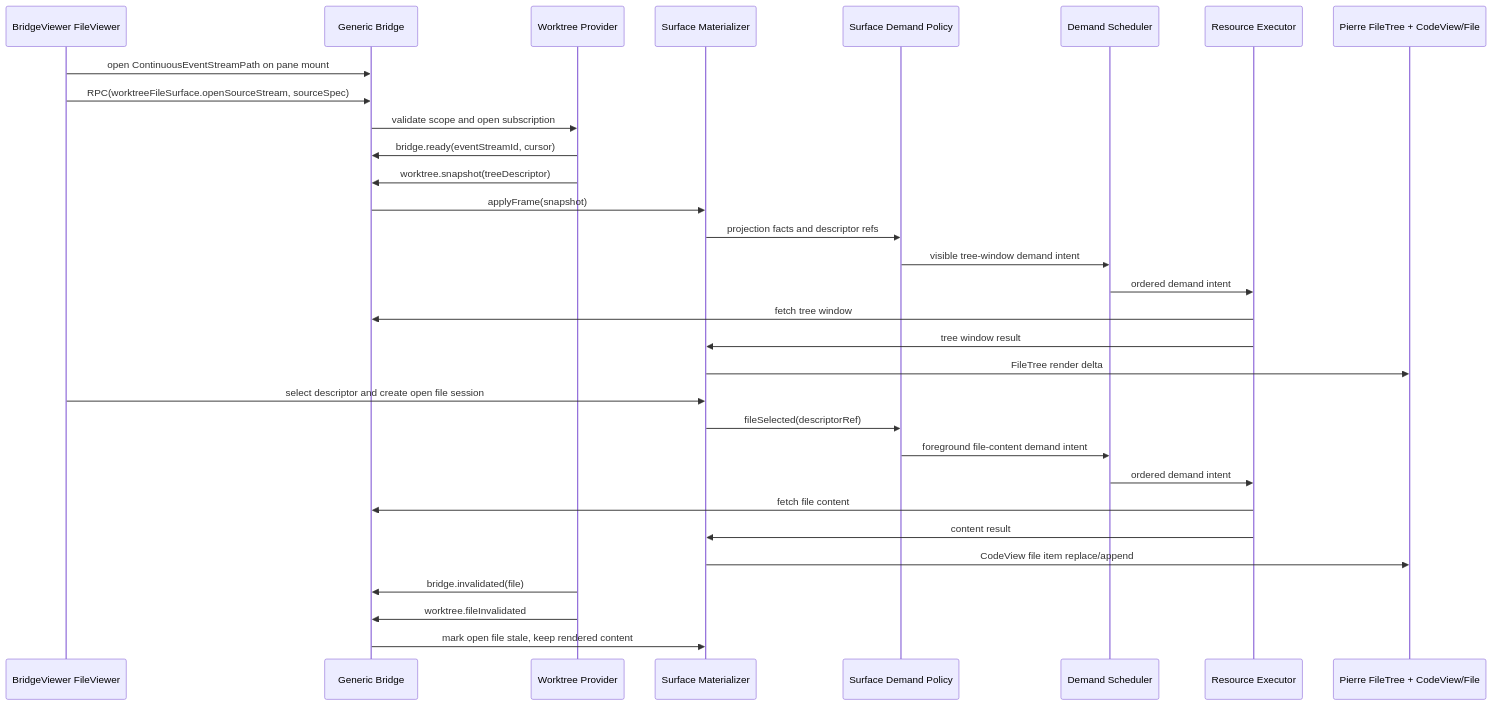
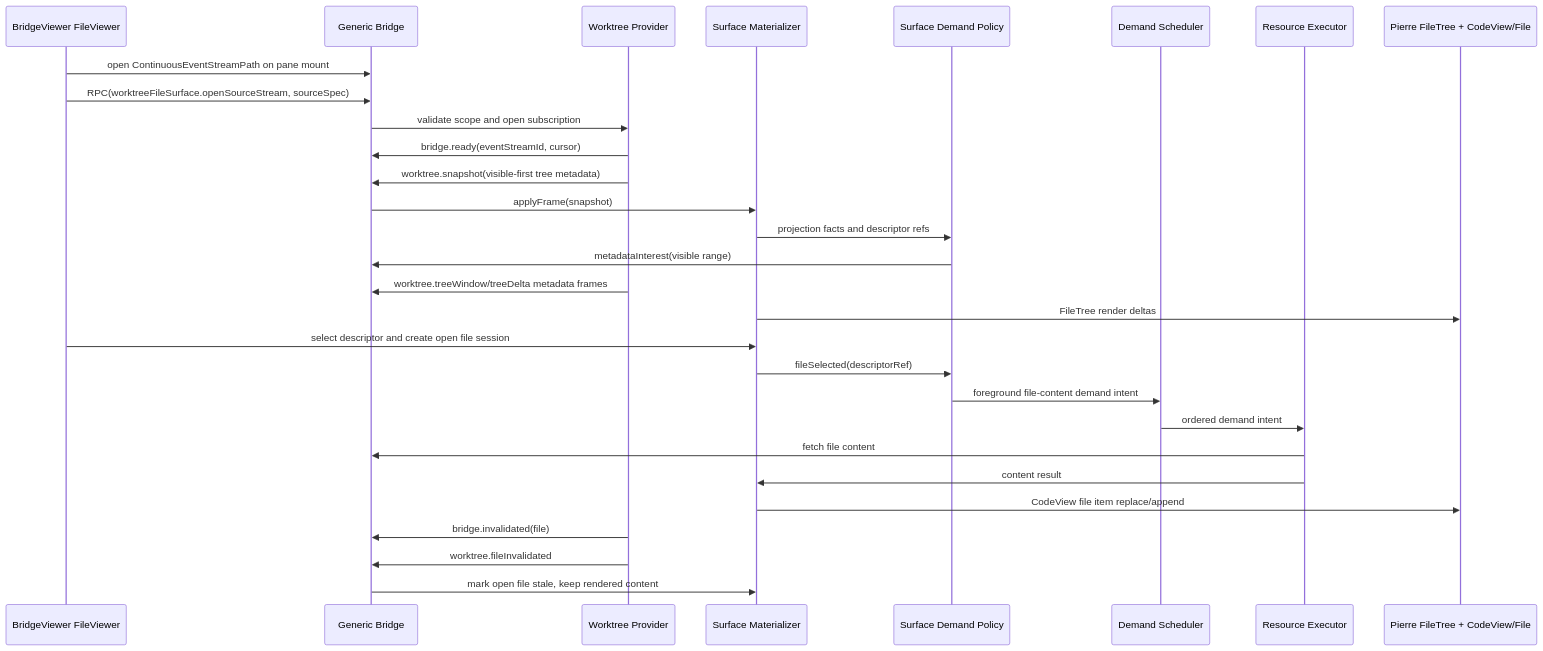
Before and after one commit to ShravanSunder/agentstudio: the second of 2 diagrams in docs/specs/bridge-viewer-transport/worktree-file-surface-protocol.md, drawn with Mermaid. The commit also changed other lines of this file and 3 other files, not shown here.

Commit message:
Tighten bridge metadata stream contract

````diff
--- a/docs/specs/bridge-viewer-transport/worktree-file-surface-protocol.md
+++ b/docs/specs/bridge-viewer-transport/worktree-file-surface-protocol.md
@@ -717,34 +843,32 @@
 ```mermaid
 sequenceDiagram
   participant Browser as BridgeViewer FileViewer
   participant Bridge as Generic Bridge
   participant Provider as Worktree Provider
   participant Mat as Surface Materializer
   participant Policy as Surface Demand Policy
   participant Sched as Demand Scheduler
   participant Exec as Resource Executor
   participant Pierre as Pierre FileTree + CodeView/File
 
   Browser->>Bridge: open ContinuousEventStreamPath on pane mount
   Browser->>Bridge: RPC(worktreeFileSurface.openSourceStream, sourceSpec)
   Bridge->>Provider: validate scope and open subscription
   Provider->>Bridge: bridge.ready(eventStreamId, cursor)
-  Provider->>Bridge: worktree.snapshot(treeDescriptor)
+  Provider->>Bridge: worktree.snapshot(visible-first tree metadata)
   Bridge->>Mat: applyFrame(snapshot)
   Mat->>Policy: projection facts and descriptor refs
-  Policy->>Sched: visible tree-window demand intent
-  Sched->>Exec: ordered demand intent
-  Exec->>Bridge: fetch tree window
-  Exec->>Mat: tree window result
-  Mat->>Pierre: FileTree render delta
+  Policy->>Bridge: metadataInterest(visible range)
+  Provider->>Bridge: worktree.treeWindow/treeDelta metadata frames
+  Mat->>Pierre: FileTree render deltas
   Browser->>Mat: select descriptor and create open file session
   Mat->>Policy: fileSelected(descriptorRef)
   Policy->>Sched: foreground file-content demand intent
   Sched->>Exec: ordered demand intent
   Exec->>Bridge: fetch file content
   Exec->>Mat: content result
   Mat->>Pierre: CodeView file item replace/append
   Provider->>Bridge: bridge.invalidated(file)
   Provider->>Bridge: worktree.fileInvalidated
   Bridge->>Mat: mark open file stale, keep rendered content
 ```
````
